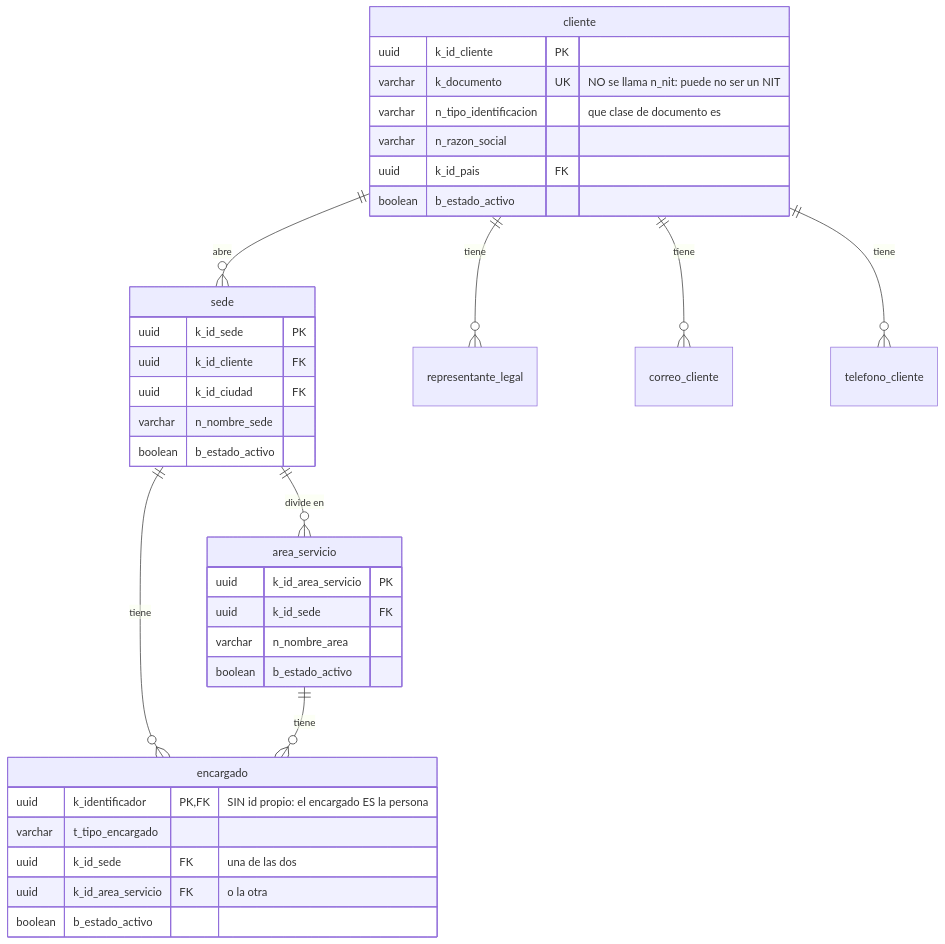
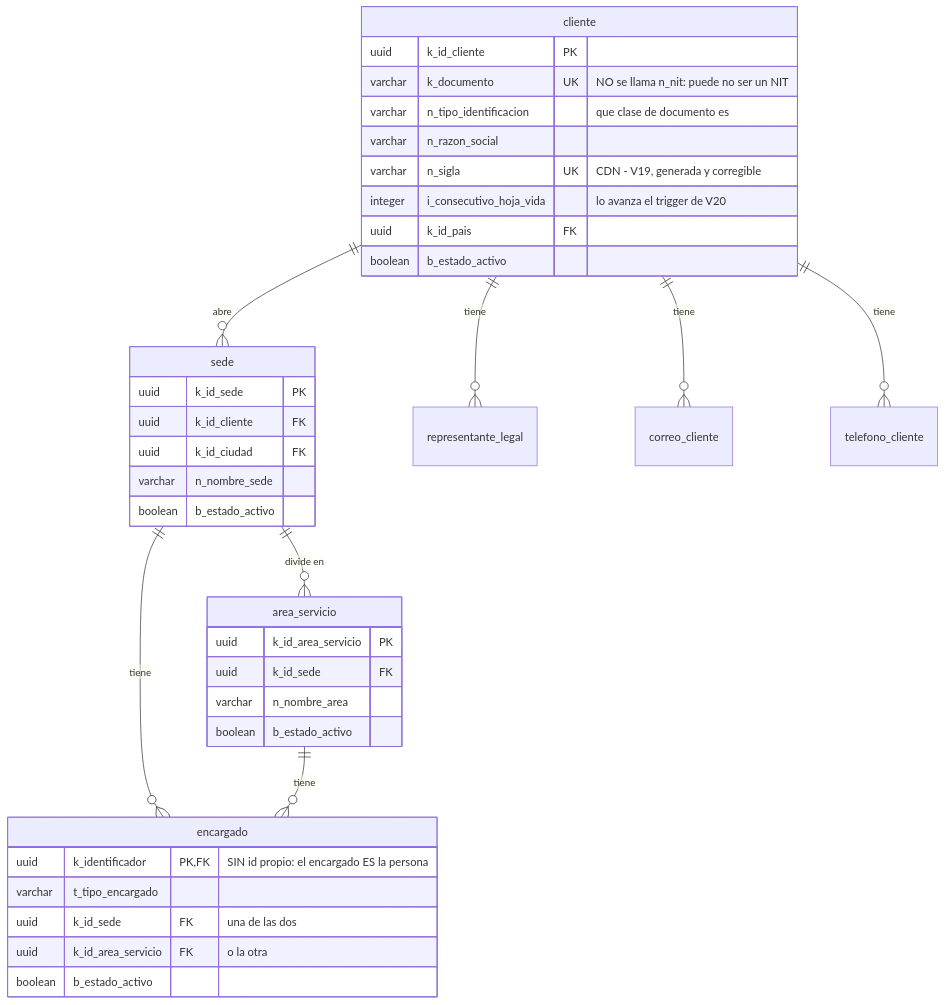
Before and after one commit to SeanBol222/MalphasOs: the fourth of 8 diagrams in SecondBrain/wiki/base-de-datos/esquema-bd-malphasos.md, drawn with Mermaid. The commit also changed other lines of this file and 5 other files, not shown here.

First line of the commit message:
docs(wiki): the life sheet is numbered, and the schema has its first triggers

````diff
--- a/SecondBrain/wiki/base-de-datos/esquema-bd-malphasos.md
+++ b/SecondBrain/wiki/base-de-datos/esquema-bd-malphasos.md
@@ -223,38 +249,40 @@
 ```mermaid
 erDiagram
     cliente ||--o{ sede : "abre"
     cliente ||--o{ representante_legal : "tiene"
     cliente ||--o{ correo_cliente : "tiene"
     cliente ||--o{ telefono_cliente : "tiene"
     sede ||--o{ area_servicio : "divide en"
     sede ||--o{ encargado : "tiene"
     area_servicio ||--o{ encargado : "tiene"
     cliente {
         uuid k_id_cliente PK
         varchar k_documento UK "NO se llama n_nit: puede no ser un NIT"
         varchar n_tipo_identificacion "que clase de documento es"
         varchar n_razon_social
+        varchar n_sigla UK "CDN - V19, generada y corregible"
+        integer i_consecutivo_hoja_vida "lo avanza el trigger de V20"
         uuid k_id_pais FK
         boolean b_estado_activo
     }
     sede {
         uuid k_id_sede PK
         uuid k_id_cliente FK
         uuid k_id_ciudad FK
         varchar n_nombre_sede
         boolean b_estado_activo
     }
     area_servicio {
         uuid k_id_area_servicio PK
         uuid k_id_sede FK
         varchar n_nombre_area
         boolean b_estado_activo
     }
     encargado {
         uuid k_identificador PK, FK "SIN id propio: el encargado ES la persona"
         varchar t_tipo_encargado
         uuid k_id_sede FK "una de las dos"
         uuid k_id_area_servicio FK "o la otra"
         boolean b_estado_activo
     }
 ```
````
